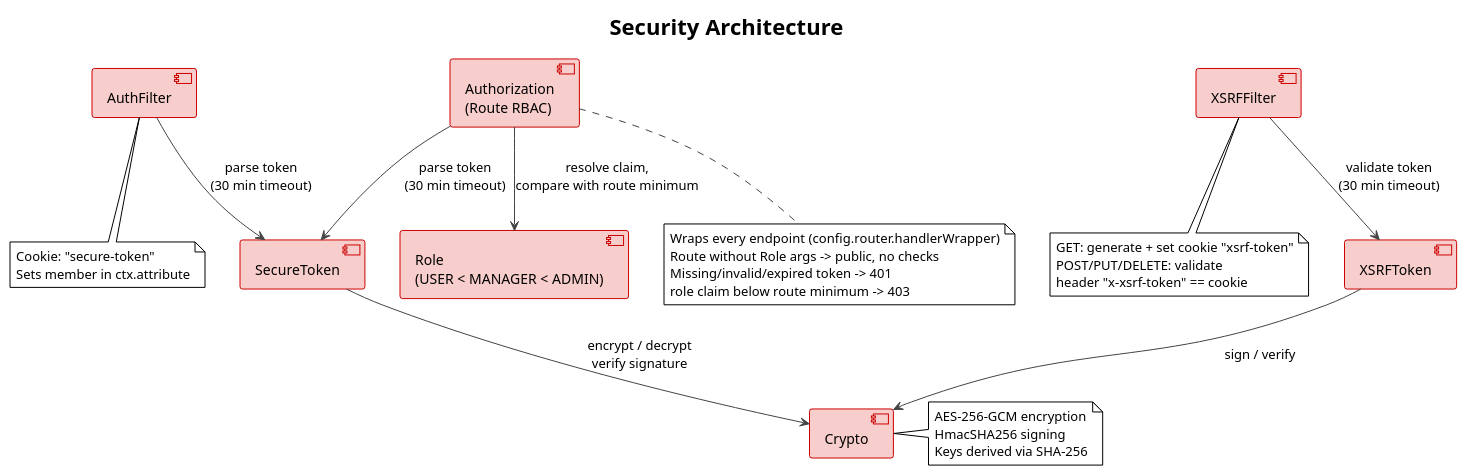
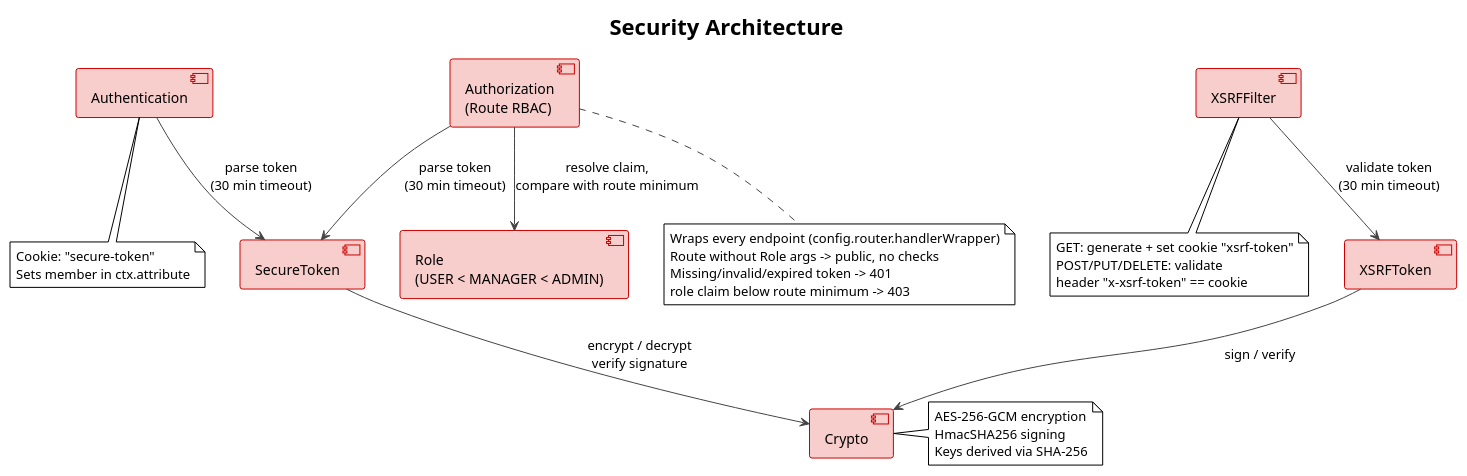
One commit to batzorigt/rest-api-template changed the sixth of 8 diagrams in ARCHITECTURE.md. Above: the diagram before and after it, drawn with PlantUML. The commit also changed other lines of this file and 6 other files, not shown here.

````diff
--- a/ARCHITECTURE.md
+++ b/ARCHITECTURE.md
@@ -302,52 +298,52 @@
 ```plantuml
 @startuml Security
 !theme plain
 skinparam component {
   BorderColor #cc0000
   BackgroundColor #f8cecc
 }
 skinparam ArrowColor #444444
 
 title Security Architecture
 
-component "AuthFilter" as auth
+component "Authentication" as auth
 component "Authorization\n(Route RBAC)" as authz
 component "Role\n(USER < MANAGER < ADMIN)" as role
 component "XSRFFilter" as xsrf
 component "SecureToken" as st
 component "XSRFToken" as xt
 component "Crypto" as crypto
 
 note right of crypto
   AES-256-GCM encryption
   HmacSHA256 signing
   Keys derived via SHA-256
 end note
 
 authz --> st : parse token\n(30 min timeout)
 authz --> role : resolve claim,\ncompare with route minimum
 auth --> st : parse token\n(30 min timeout)
 xsrf --> xt : validate token\n(30 min timeout)
 st --> crypto : encrypt / decrypt\nverify signature
 xt --> crypto : sign / verify
 
 note bottom of authz
   Wraps every endpoint (config.router.handlerWrapper)
   Route without Role args -> public, no checks
   Missing/invalid/expired token -> 401
   role claim below route minimum -> 403
 end note
 
 note bottom of auth
   Cookie: "secure-token"
   Sets member in ctx.attribute
 end note
 
 note bottom of xsrf
   GET: generate + set cookie "xsrf-token"
   POST/PUT/DELETE: validate
   header "x-xsrf-token" == cookie
 end note
 
 @enduml
 ```
````
